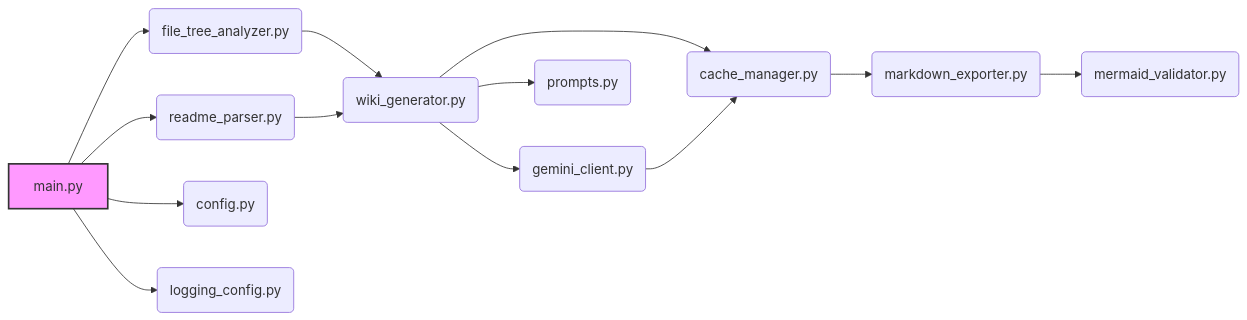
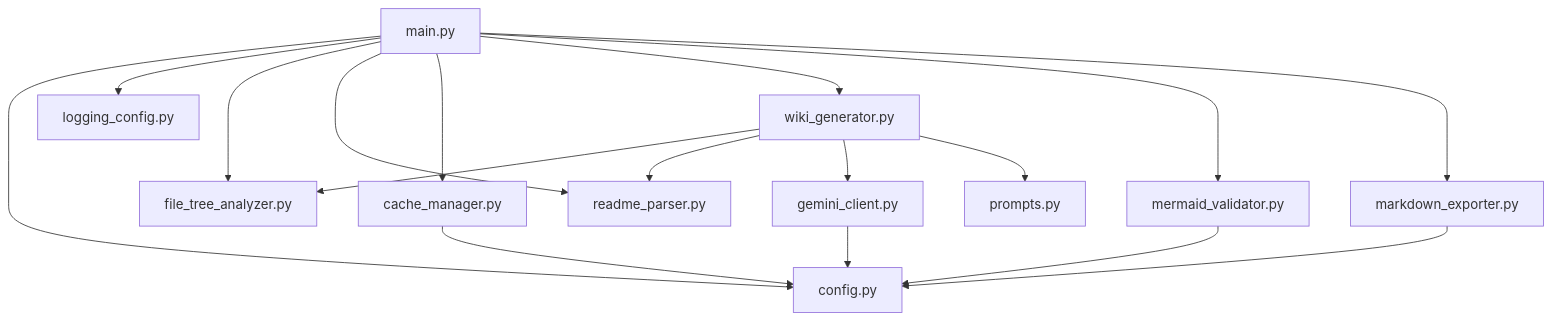
Before and after one commit to woosikseol/deepwiki-open: the third of 3 diagrams in python_kb/.adalflow/wikicache/python_kb/architecture.md, drawn with Mermaid. The commit also changed other lines of this file and 23 other files, not shown here.

````diff
--- a/python_kb/.adalflow/wikicache/python_kb/architecture.md
+++ b/python_kb/.adalflow/wikicache/python_kb/architecture.md
@@ -46,16 +125,19 @@
 ```mermaid
-graph LR
-    A[main.py] --> B(file_tree_analyzer.py);
-    A --> C(readme_parser.py);
-    B --> D(wiki_generator.py);
-    C --> D;
-    D --> E(gemini_client.py);
-    D --> F(cache_manager.py);
-    E --> F;
-    F --> G(markdown_exporter.py);
-    G --> H(mermaid_validator.py);
-    A --> I(config.py);
-    A --> J(logging_config.py);
-    D --> K(prompts.py);
-    style A fill:#f9f,stroke:#333,stroke-width:2px
+graph TD
+A[main.py] --> B[config.py]
+A --> C[logging_config.py]
+A --> D[file_tree_analyzer.py]
+A --> E[readme_parser.py]
+A --> F[cache_manager.py]
+A --> G[wiki_generator.py]
+A --> H[mermaid_validator.py]
+A --> I[markdown_exporter.py]
+G --> D
+G --> E
+G --> J[gemini_client.py]
+G --> K[prompts.py]
+J --> B
+F --> B
+H --> B
+I --> B
 ```
````
